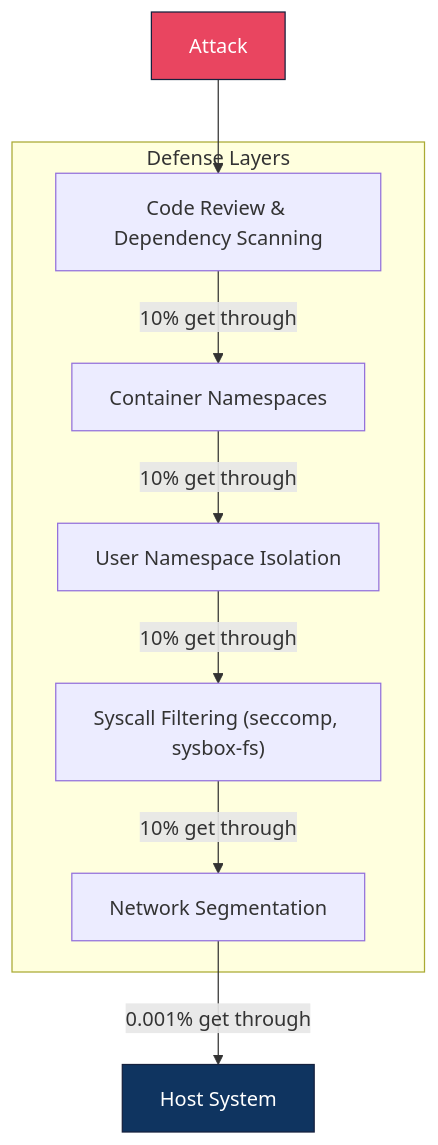
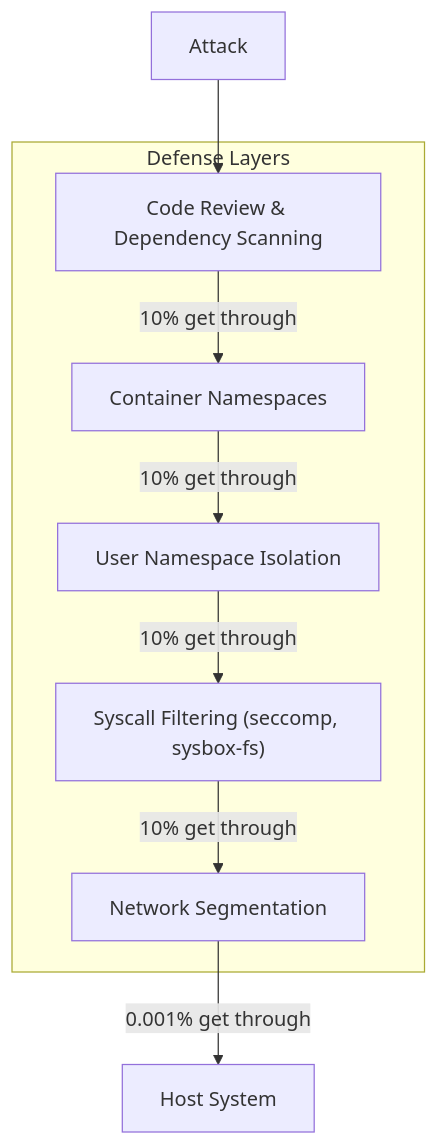
Before and after one commit to novotnyllc/ContainAI: the sixth of 6 diagrams in docs/security-scenarios.md, drawn with Mermaid. The commit also changed other lines of this file and 14 other files, not shown here.

````diff
--- a/docs/security-scenarios.md
+++ b/docs/security-scenarios.md
@@ -425,20 +413,18 @@
 ```mermaid
 flowchart TD
     subgraph Layers["Defense Layers"]
         L1["Code Review & Dependency Scanning"]
         L2["Container Namespaces"]
         L3["User Namespace Isolation"]
         L4["Syscall Filtering (seccomp, sysbox-fs)"]
         L5["Network Segmentation"]
     end
 
     Attack["Attack"] --> L1
     L1 -->|"10% get through"| L2
     L2 -->|"10% get through"| L3
     L3 -->|"10% get through"| L4
     L4 -->|"10% get through"| L5
     L5 -->|"0.001% get through"| Host["Host System"]
 
-    style Attack fill:#e94560,stroke:#16213e,color:#fff
-    style Host fill:#0f3460,stroke:#16213e,color:#fff
 ```
````
